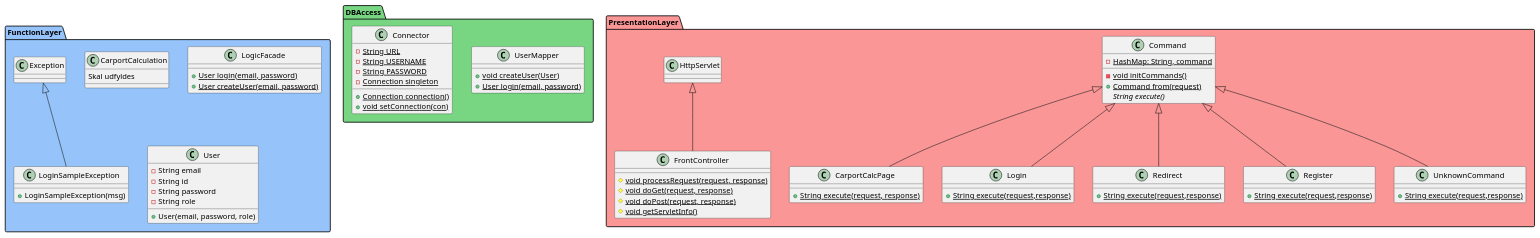
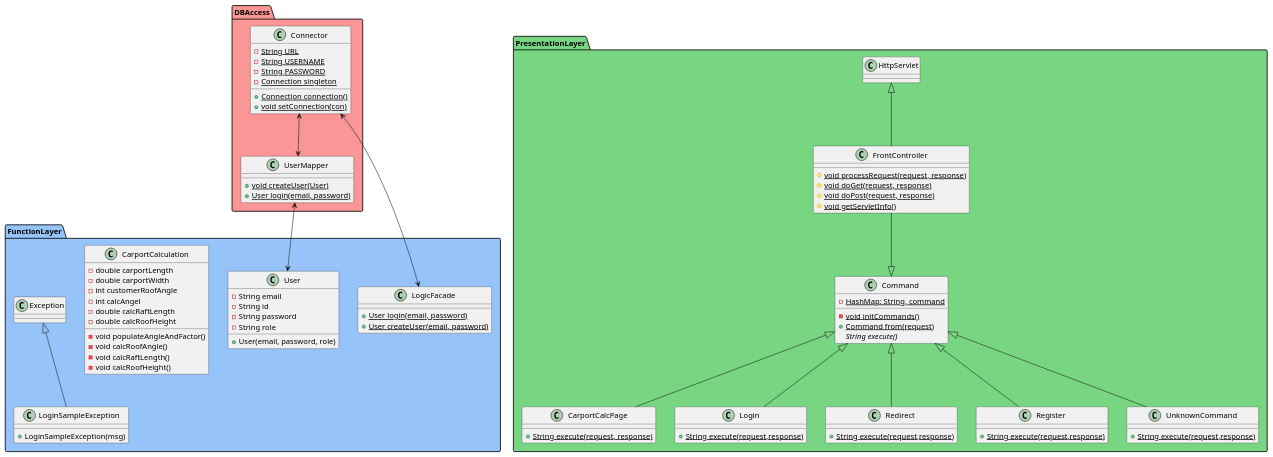
Before and after one commit to Jean-Poul/Eksamensprojekt_Fog: the diagram in src/UML/ClassDiagram.puml, drawn with PlantUML.

Commit message:
ClassDiagram Update

```diff
--- a/src/UML/ClassDiagram.puml
+++ b/src/UML/ClassDiagram.puml
@@ -1,85 +1,99 @@
 @startuml
 
-package "DBAccess" #78d683 {
+package "DBAccess" #fa9696 {
 
 Class UserMapper{
 {static}+void createUser(User)
 {static}+User login(email, password)
 }
 
 class Connector{
 {static}-String URL
 {static}-String USERNAME
 {static}-String PASSWORD
 {static}-Connection singleton
 {static}+Connection connection()
 {static}+void setConnection(con)
 }
 
 }
 
 package "FunctionLayer" #96c4fa {
 
+LogicFacade <--> Connector
+Connector <--> UserMapper
+UserMapper <--> User
+
 class CarportCalculation{
-Skal udfyldes
+-double carportLength
+-double carportWidth
+-int customerRoofAngle
+-int calcAngel
+-double calcRaftLength
+-double calcRoofHeight
+-void populateAngleAndFactor()
+-void calcRoofAngle()
+-void calcRaftLength()
+-void calcRoofHeight()
 }
 
 class LogicFacade {
 {static}+User login(email, password)
 {static}+User createUser(email, password)
 }
 
 class LoginSampleException extends Exception{
 +LoginSampleException(msg)
 }
 
 class User{
 -String email
 -String id
 -String password
 -String role
 +User(email, password, role)
 }
 
 }
 
-package "PresentationLayer" #fa9696 {
+package "PresentationLayer" #78d683 {
+
+FrontController --|> Command
 
 class Command{
 {Static}-HashMap: String, command
 {Static}-void initCommands()
 {Static}+Command from(request)
 {abstract} String execute()
 }
 
 class CarportCalcPage extends Command{
 {Static}+String execute(request, response)
 }
 
 class FrontController extends HttpServlet{
 {Static}#void processRequest(request, response)
 {Static}#void doGet(request, response)
 {Static}#void doPost(request, response)
 {Static}#void getServletInfo()
 }
 
 class Login extends Command{
 {Static}+String execute(request,response)
 }
 
 class Redirect extends Command{
 {Static}+String execute(request,response)
 }
 
 class Register extends Command{
 {Static}+String execute(request,response)
 }
 
 class UnknownCommand extends Command{
 {Static}+String execute(request,response)
-
 }
 
 }
 
 @enduml
```
